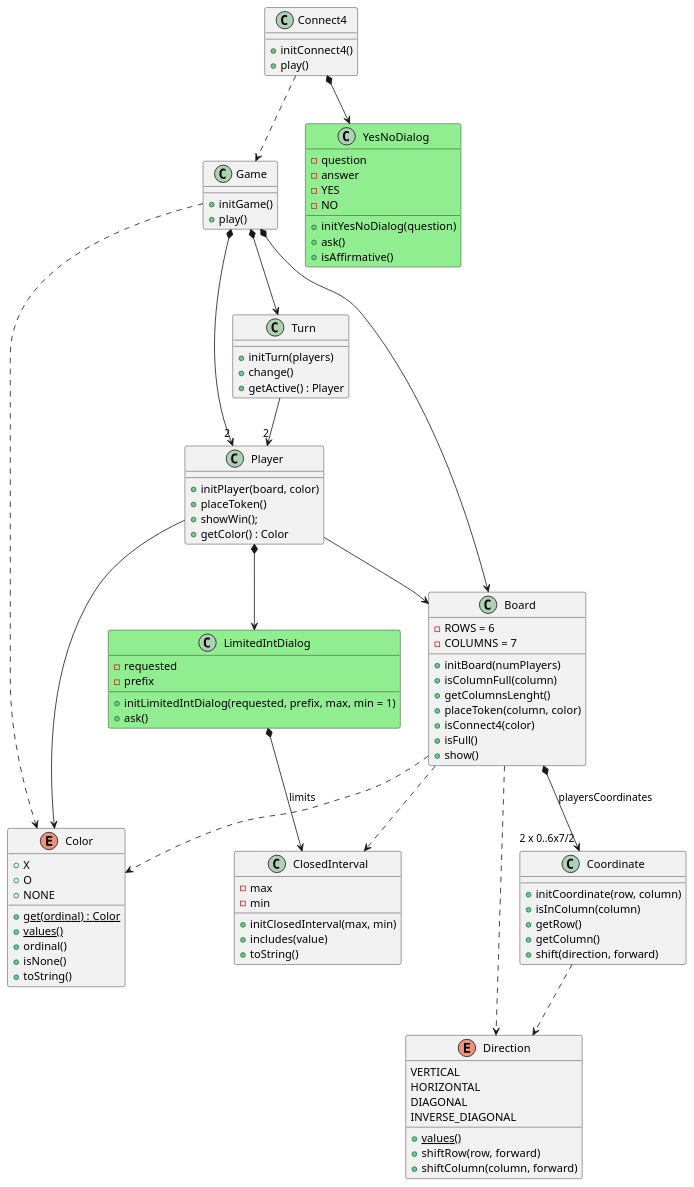
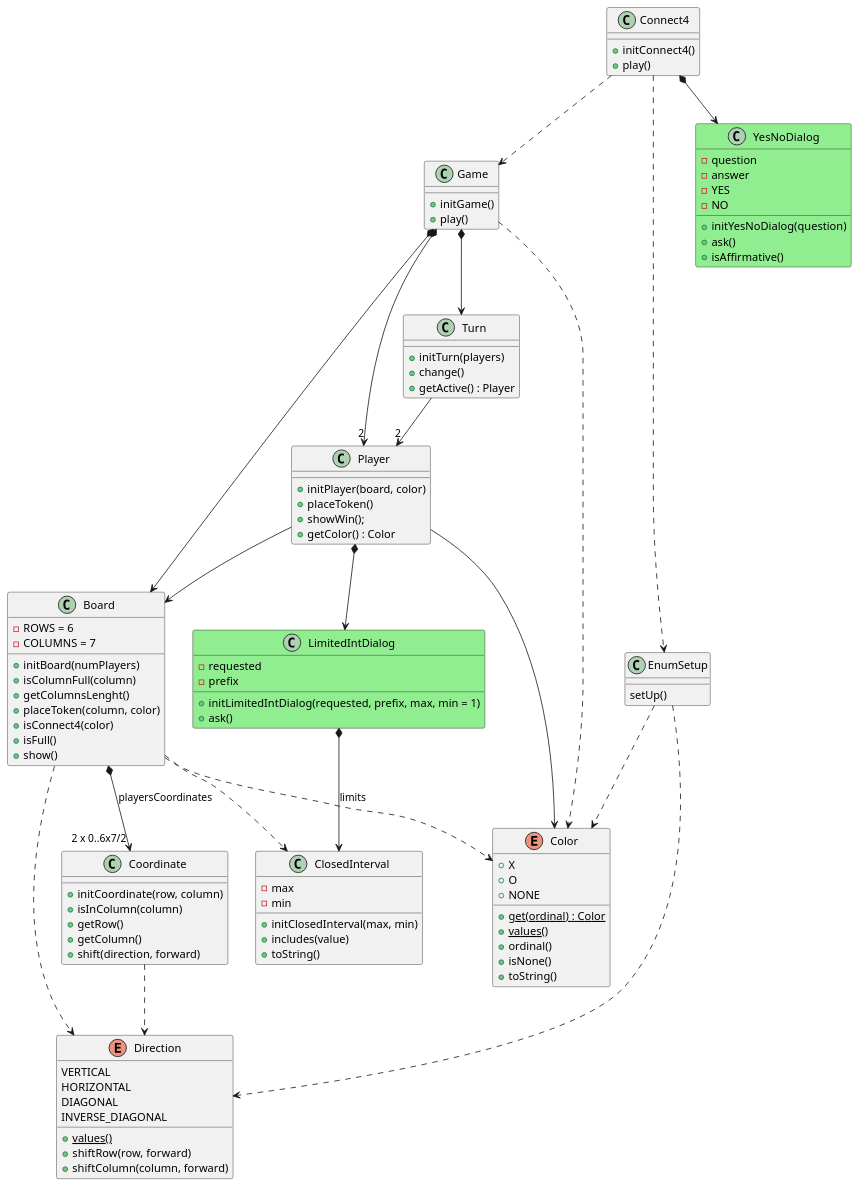
The diagram in docs/dev-resume/src/analysis.plantuml (PabloMartinFluvia/myGame-connect4), drawn with PlantUML before and after one commit. The commit also changed 1 other file, not shown here.

Commit message:
added diagram

```diff
--- a/docs/dev-resume/src/analysis.plantuml
+++ b/docs/dev-resume/src/analysis.plantuml
@@ -1,119 +1,126 @@
 @startuml analysis
 
 class Connect4 {
 
     + initConnect4()
     + play()
 }
 Connect4 ..> Game
 Connect4 *--> YesNoDialog
+Connect4 ..> EnumSetup
 
 class Game {     
 
     + initGame()
     + play()
 }
 Game *--> Turn
 Game *--> Board
 Game *--> "2" Player
 Game ..> Color
 
 class Turn {
 
     + initTurn(players)
     + change()
     + getActive() : Player        
 }
 Turn --> "2" Player
 
 class Player {
 
     + initPlayer(board, color)
     + placeToken()
     + showWin();
     + getColor() : Color
 }
 Player --> Board
 Player --> Color
 Player *--> LimitedIntDialog
 
 class Board {
     - ROWS = 6
     - COLUMNS = 7
     
     + initBoard(numPlayers)
     + isColumnFull(column)
     + getColumnsLenght()
     + placeToken(column, color)
     + isConnect4(color)
     + isFull()
     + show()
 }
 Board ..> ClosedInterval
 Board *--> "2 x 0..6x7/2" Coordinate : playersCoordinates
 Board ..> Direction
 Board ..> Color
 
 class Coordinate {
     + initCoordinate(row, column)
     + isInColumn(column)
     + getRow()
     + getColumn()
     + shift(direction, forward)
 }
 Coordinate ..> Direction
 
 enum Direction {
     VERTICAL
     HORIZONTAL
     DIAGONAL
     INVERSE_DIAGONAL
 
     + {static} values()
     + shiftRow(row, forward)
     + shiftColumn(column, forward)
 }
 
 enum Color {
     + X
     + O   
     + NONE 
 
     + {static} get(ordinal) : Color  
     + {static} values()  
     + ordinal()
     + isNone()
     + toString()
 }
 
 class YesNoDialog #LightGreen {  
     - question
     - answer   
     - YES
     - NO
 
     + initYesNoDialog(question)
     + ask()
     + isAffirmative()
 }
 
 class LimitedIntDialog #LightGreen {
     - requested
     - prefix
     
 
     + initLimitedIntDialog(requested, prefix, max, min = 1) 
     + ask()
 }
 LimitedIntDialog *--> ClosedInterval : limits
 
 class ClosedInterval {
     - max
     - min
 
     + initClosedInterval(max, min)
     + includes(value)
     + toString()
 }
 
+class EnumSetup {
+    setUp()
+}
+EnumSetup ..> Color
+EnumSetup ..> Direction
+
 @enduml
```
